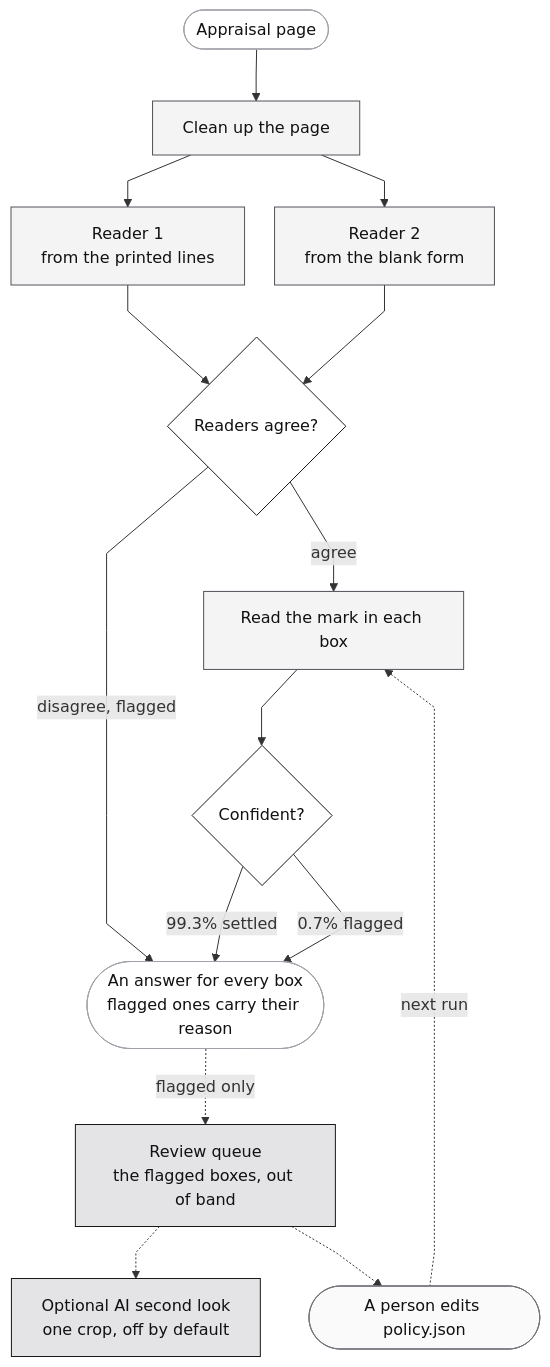
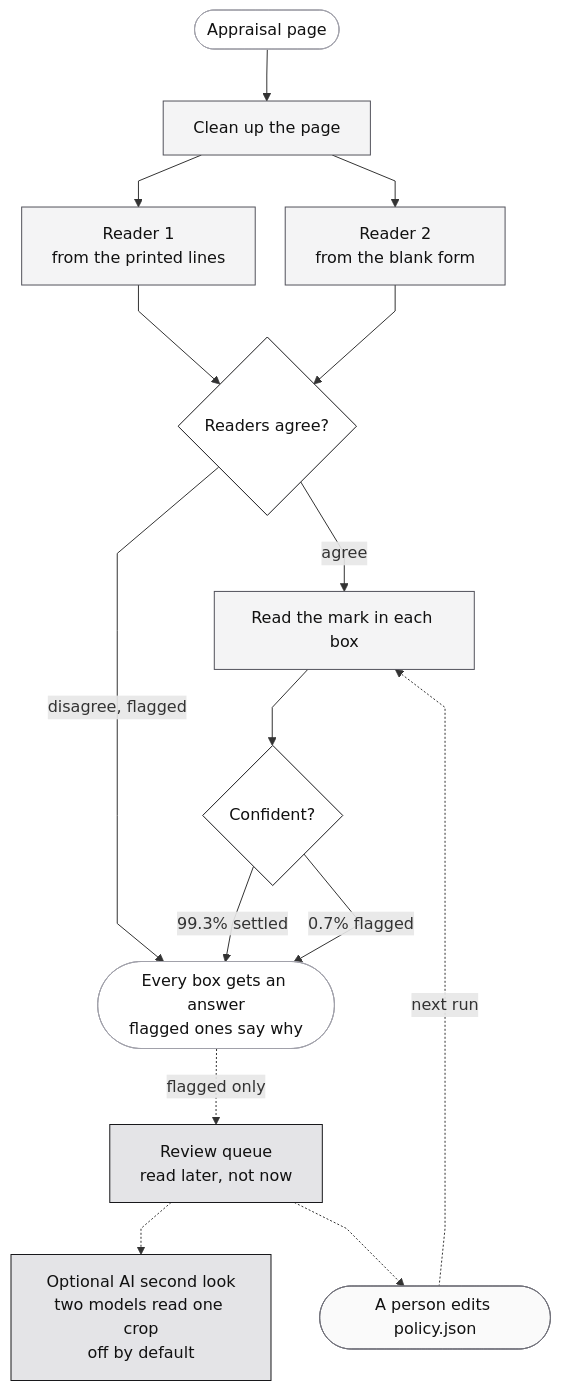
One commit to jameswniu/synthetic-image-recognition-cnn-harness changed the diagram in README.md. Above: the diagram before and after it, drawn with Mermaid.

Commit message:
Shorten the flow labels so they never wrap mid-phrase, and say what the AI second look does

````diff
--- a/README.md
+++ b/README.md
@@ -74,36 +74,36 @@
 ```mermaid
 %%{init: {"flowchart": {"curve": "linear", "nodeSpacing": 30, "rankSpacing": 52, "useMaxWidth": true}}}%%
 flowchart TB
     IN([Appraisal page]):::io
     N["Clean up the page"]:::det
     W1["Reader 1<br/>from the printed lines"]:::det
     W2["Reader 2<br/>from the blank form"]:::det
     G{"Readers agree?"}:::gate
     S["Read the mark in each box"]:::det
     C{"Confident?"}:::gate
-    OUT([An answer for every box<br/>flagged ones carry their reason]):::io
-    Q["Review queue<br/>the flagged boxes, out of band"]:::exc
-    L["Optional AI second look<br/>one crop, off by default"]:::exc
+    OUT([Every box gets an answer<br/>flagged ones say why]):::io
+    Q["Review queue<br/>read later, not now"]:::exc
+    L["Optional AI second look<br/>two models read one crop<br/>off by default"]:::exc
     H([A person edits policy.json]):::hum
 
     IN --> N
     N --> W1
     N --> W2
     W1 --> G
     W2 --> G
     G -->|agree| S
     G -->|"disagree, flagged"| OUT
     S --> C
     C -->|"99.3% settled"| OUT
     C -->|"0.7% flagged"| OUT
     OUT -.->|flagged only| Q
     Q -.-> L
     Q -.-> H
     H -.->|"next run"| S
 
     classDef io fill:#ffffff,stroke:#a1a1aa,stroke-width:1px,color:#111111
     classDef det fill:#f4f4f5,stroke:#52525b,stroke-width:1px,color:#111111
     classDef gate fill:#ffffff,stroke:#18181b,stroke-width:1px,color:#111111
     classDef exc fill:#e4e4e7,stroke:#18181b,stroke-width:1px,color:#111111
     classDef hum fill:#fafafa,stroke:#71717a,stroke-width:1px,color:#111111
 ```
````
